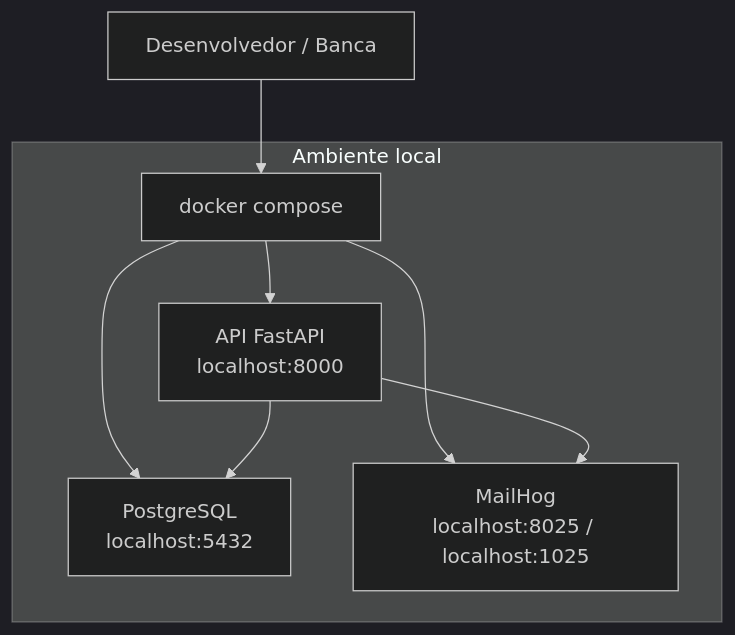
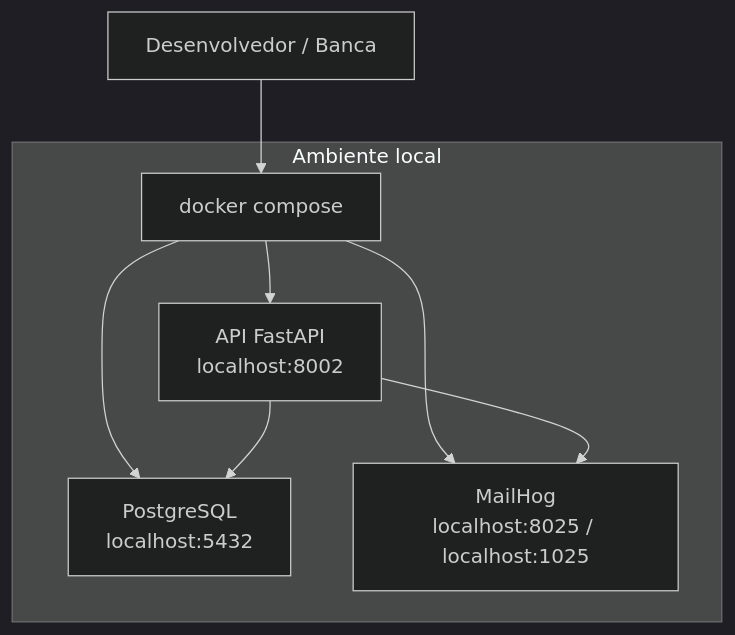
Before and after one commit to dev-ana-lopes/service-order-billing-service: the first of 3 diagrams in docs/architecture/solution-architecture.md, drawn with Mermaid (dark theme). The commit also changed 44 other files, not shown here.

````diff
--- a/docs/architecture/solution-architecture.md
+++ b/docs/architecture/solution-architecture.md
@@ -5,13 +5,13 @@
 ```mermaid
 flowchart TB
     Dev["Desenvolvedor / Banca"] --> Compose["docker compose"]
 
     subgraph Local["Ambiente local"]
-        Compose --> API["API FastAPI<br/>localhost:8000"]
+        Compose --> API["API FastAPI<br/>localhost:8002"]
         Compose --> DB["PostgreSQL<br/>localhost:5432"]
         Compose --> MailHog["MailHog<br/>localhost:8025 / localhost:1025"]
     end
 
     API --> DB
     API --> MailHog
 ```
````
